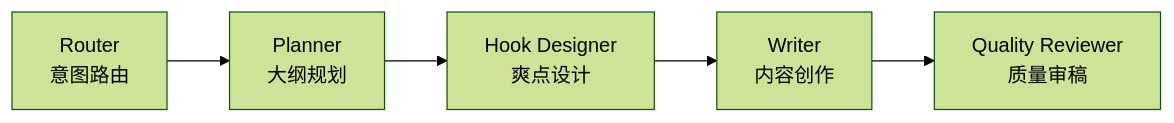
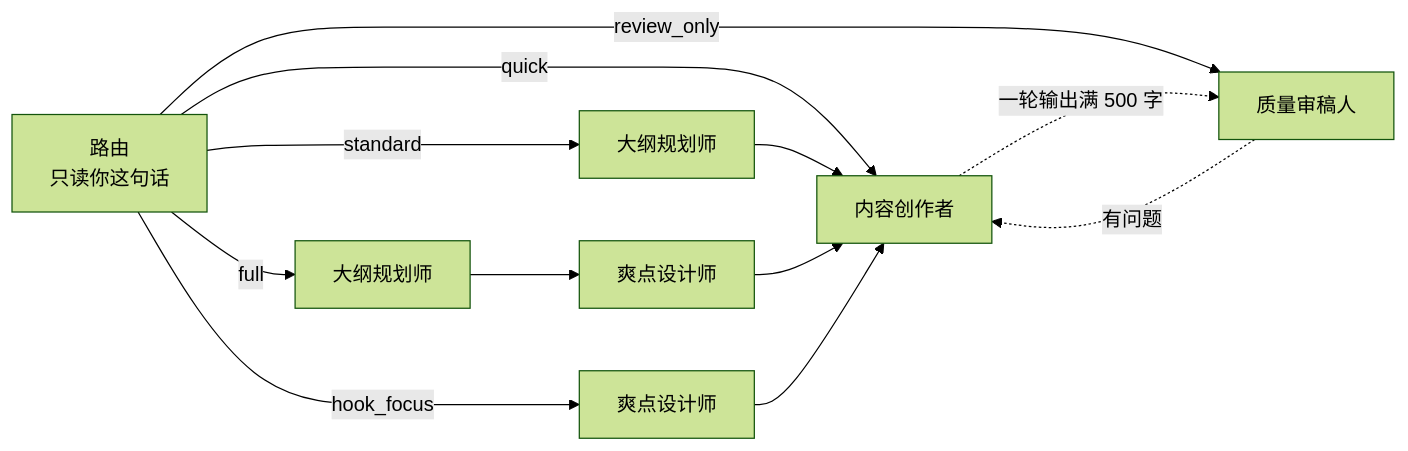
The diagram in README.md (zenstory-ai/zenstory), drawn with Mermaid (forest theme) before and after one commit. The commit also changed other lines of this file and 3 other files, not shown here.

````diff
--- a/README.md
+++ b/README.md
@@ -96,7 +62,10 @@
 ```mermaid
 flowchart LR
-    R["Router<br/>意图路由"] --> P["Planner<br/>大纲规划"]
-    P --> H["Hook Designer<br/>爽点设计"]
-    H --> W["Writer<br/>内容创作"]
-    W --> Q["Quality Reviewer<br/>质量审稿"]
+    R["路由<br/>只读你这句话"] -->|quick| W["内容创作者"]
+    R -->|standard| P["大纲规划师"] --> W
+    R -->|full| P2["大纲规划师"] --> H["爽点设计师"] --> W
+    R -->|hook_focus| H2["爽点设计师"] --> W
+    R -->|review_only| Q["质量审稿人"]
+    W -. 一轮输出满 500 字 .-> Q
+    Q -. 有问题 .-> W
 ```
````
